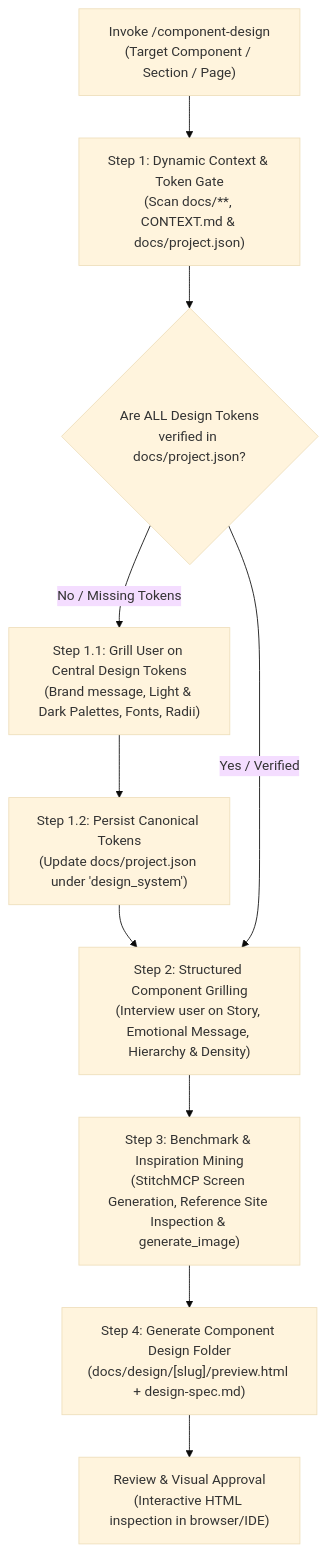
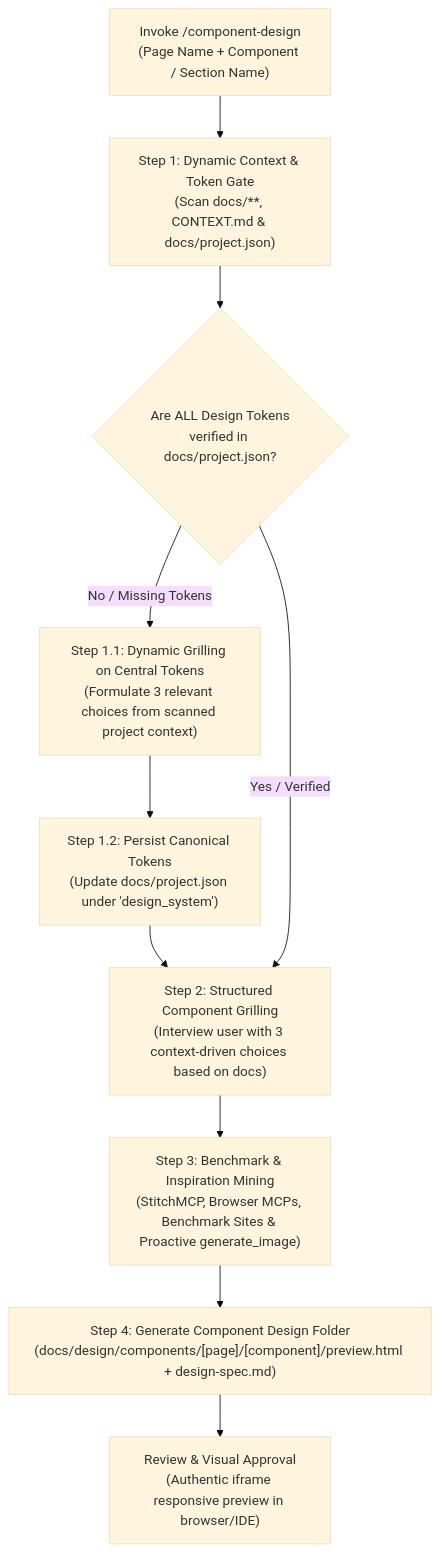
The diagram in .agents/skills/component-design/SKILL.md (BIGboss248/aminwebsite), drawn with Mermaid (base theme) before and after one commit. The commit also changed other lines of this file and 2 other files, not shown here.

Commit message:
chore(ai): design skill update 1.4

````diff
--- a/.agents/skills/component-design/SKILL.md
+++ b/.agents/skills/component-design/SKILL.md
@@ -25,12 +25,12 @@
 ```mermaid
 flowchart TD
-    Start["Invoke /component-design<br/>(Target Component / Section / Page)"] --> Step1["Step 1: Dynamic Context & Token Gate<br/>(Scan docs/**, CONTEXT.md & docs/project.json)"]
+    Start["Invoke /component-design<br/>(Page Name + Component / Section Name)"] --> Step1["Step 1: Dynamic Context & Token Gate<br/>(Scan docs/**, CONTEXT.md & docs/project.json)"]
     Step1 --> CheckTokens{"Are ALL Design Tokens<br/>verified in docs/project.json?"}
-    CheckTokens -- "No / Missing Tokens" --> GrillTokens["Step 1.1: Grill User on Central Design Tokens<br/>(Brand message, Light & Dark Palettes, Fonts, Radii)"]
+    CheckTokens -- "No / Missing Tokens" --> GrillTokens["Step 1.1: Dynamic Grilling on Central Tokens<br/>(Formulate 3 relevant choices from scanned project context)"]
     GrillTokens --> SaveTokens["Step 1.2: Persist Canonical Tokens<br/>(Update docs/project.json under 'design_system')"]
     SaveTokens --> Step2
-    CheckTokens -- "Yes / Verified" --> Step2["Step 2: Structured Component Grilling<br/>(Interview user on Story, Emotional Message, Hierarchy & Density)"]
-    Step2 --> Step3["Step 3: Benchmark & Inspiration Mining<br/>(StitchMCP Screen Generation, Reference Site Inspection & generate_image)"]
-    Step3 --> Step4["Step 4: Generate Component Design Folder<br/>(docs/design/[slug]/preview.html + design-spec.md)"]
-    Step4 --> Finish["Review & Visual Approval<br/>(Interactive HTML inspection in browser/IDE)"]
+    CheckTokens -- "Yes / Verified" --> Step2["Step 2: Structured Component Grilling<br/>(Interview user with 3 context-driven choices based on docs)"]
+    Step2 --> Step3["Step 3: Benchmark & Inspiration Mining<br/>(StitchMCP, Browser MCPs, Benchmark Sites & Proactive generate_image)"]
+    Step3 --> Step4["Step 4: Generate Component Design Folder<br/>(docs/design/components/[page]/[component]/preview.html + design-spec.md)"]
+    Step4 --> Finish["Review & Visual Approval<br/>(Authentic iframe responsive preview in browser/IDE)"]
 ```
````
